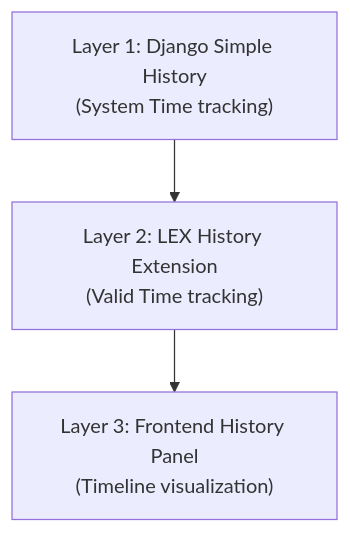
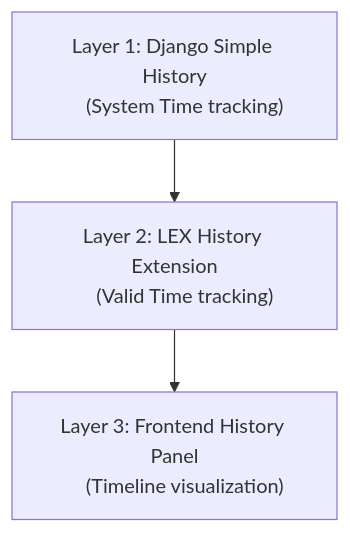
The diagram in content/features/tracking/bitemporal history.md (ExcellenceCloudGmbH/lex-app-docs), drawn with Mermaid before and after one commit. The commit also changed 10 other files, not shown here.

````diff
--- a/content/features/tracking/bitemporal history.md
+++ b/content/features/tracking/bitemporal history.md
@@ -46,5 +46,8 @@
 ```mermaid
 flowchart TB
-    A["Layer 1: Django Simple History\n(System Time tracking)"] --> B["Layer 2: LEX History Extension\n(Valid Time tracking)"]
-    B --> C["Layer 3: Frontend History Panel\n(Timeline visualization)"]
+    A["Layer 1: Django Simple History
+    (System Time tracking)"] --> B["Layer 2: LEX History Extension
+    (Valid Time tracking)"]
+    B --> C["Layer 3: Frontend History Panel
+    (Timeline visualization)"]
 ```
````
